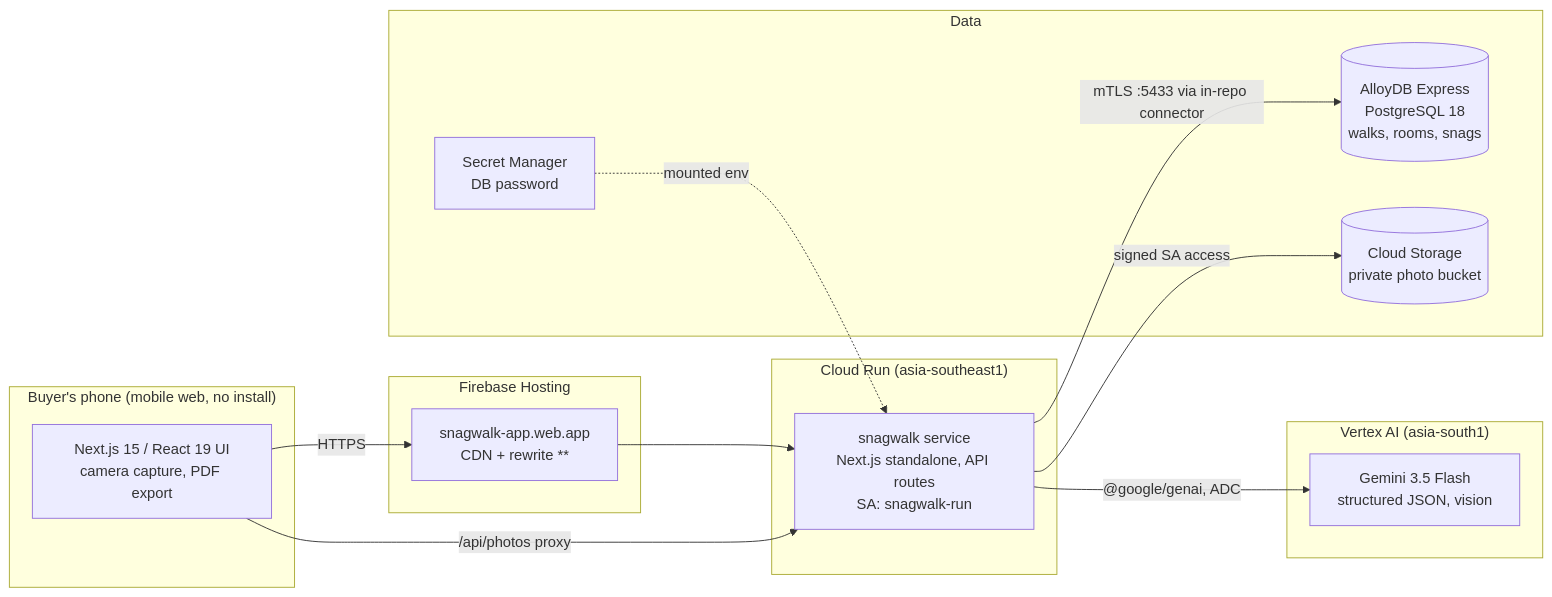
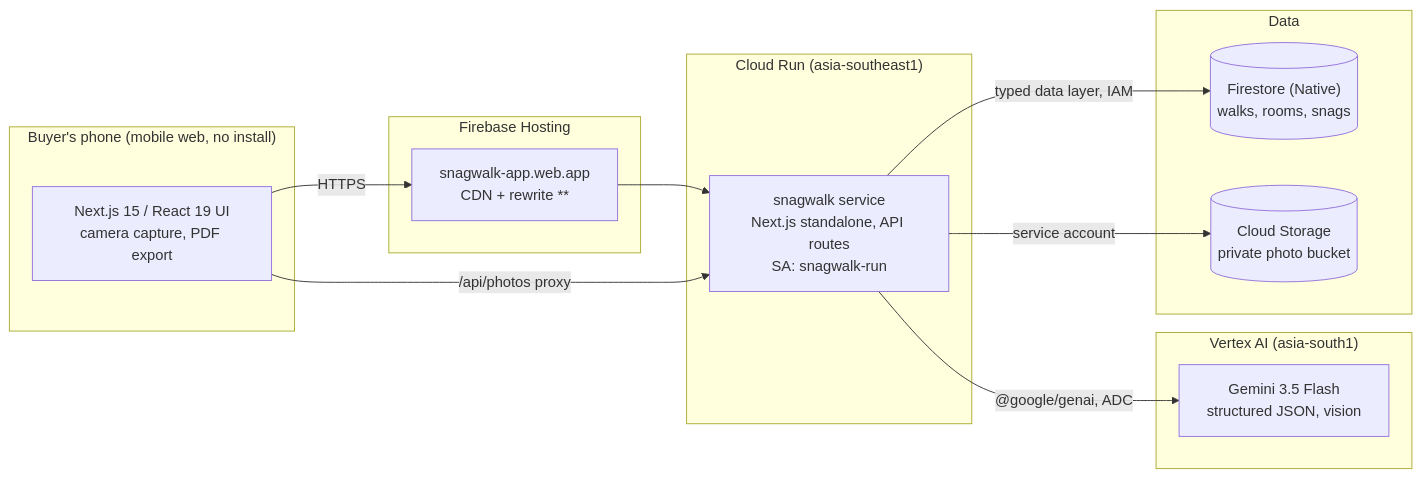
One commit to omkarmalji/snagwalk changed the diagram in docs/ARCHITECTURE.md. Above: the diagram before and after it, drawn with Mermaid. The commit also changed other lines of this file and 7 other files, not shown here.

Commit message:
Docs and guardrails: Firestore data layer

````diff
--- a/docs/ARCHITECTURE.md
+++ b/docs/ARCHITECTURE.md
@@ -5,31 +5,29 @@
 ```mermaid
 flowchart LR
   subgraph Phone["Buyer's phone (mobile web, no install)"]
     UI["Next.js 15 / React 19 UI<br/>camera capture, PDF export"]
   end
 
   subgraph Edge["Firebase Hosting"]
     CDN["snagwalk-app.web.app<br/>CDN + rewrite **"]
   end
 
   subgraph Run["Cloud Run (asia-southeast1)"]
     APP["snagwalk service<br/>Next.js standalone, API routes<br/>SA: snagwalk-run"]
   end
 
   subgraph AI["Vertex AI (asia-south1)"]
     GEM["Gemini 3.5 Flash<br/>structured JSON, vision"]
   end
 
   subgraph Data["Data"]
-    ADB[("AlloyDB Express<br/>PostgreSQL 18<br/>walks, rooms, snags")]
+    FS[("Firestore (Native)<br/>walks, rooms, snags")]
     GCS[("Cloud Storage<br/>private photo bucket")]
-    SM["Secret Manager<br/>DB password"]
   end
 
   UI -->|HTTPS| CDN --> APP
   APP -->|"@google/genai, ADC"| GEM
-  APP -->|"mTLS :5433 via in-repo connector"| ADB
-  APP -->|signed SA access| GCS
-  SM -.->|mounted env| APP
+  APP -->|"typed data layer, IAM"| FS
+  APP -->|"service account"| GCS
   UI -->|"/api/photos proxy"| APP
 ```
````
